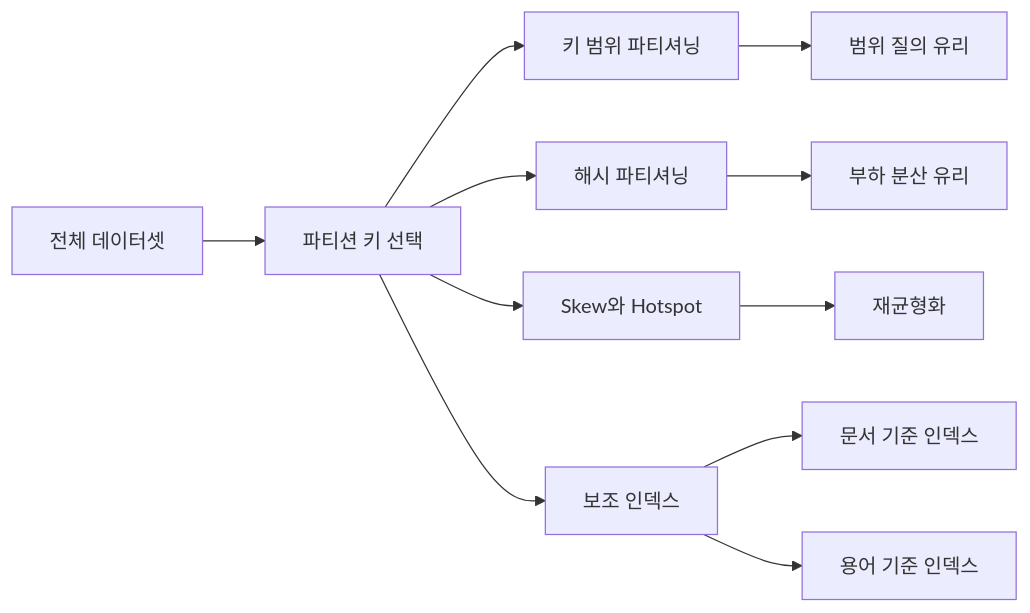
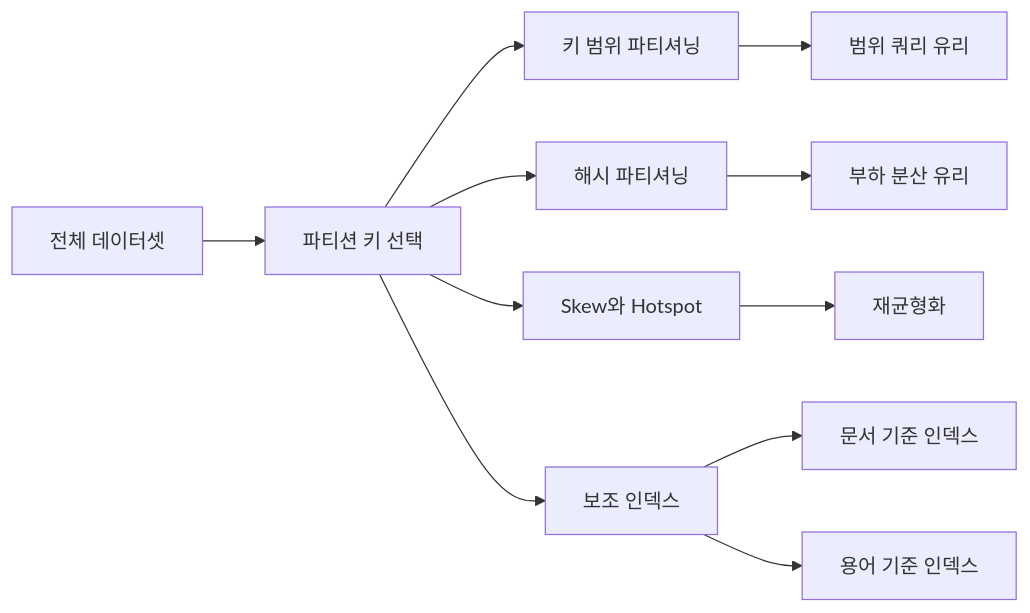
One commit to currenjin/currenjin.github.io changed the sixth of 12 diagrams in _wiki/designing-data-intensive-applications.md. Above: the diagram before and after it, drawn with Mermaid. The commit also changed other lines of this file, not shown here.

````diff
--- a/_wiki/designing-data-intensive-applications.md
+++ b/_wiki/designing-data-intensive-applications.md
@@ -704,13 +704,13 @@
 ```mermaid
 flowchart LR
   A["전체 데이터셋"] --> B["파티션 키 선택"]
   B --> C["키 범위 파티셔닝"]
   B --> D["해시 파티셔닝"]
-  C --> E["범위 질의 유리"]
+  C --> E["범위 쿼리 유리"]
   D --> F["부하 분산 유리"]
   B --> G["Skew와 Hotspot"]
   G --> H["재균형화"]
   B --> I["보조 인덱스"]
   I --> J["문서 기준 인덱스"]
   I --> K["용어 기준 인덱스"]
 ```
````
